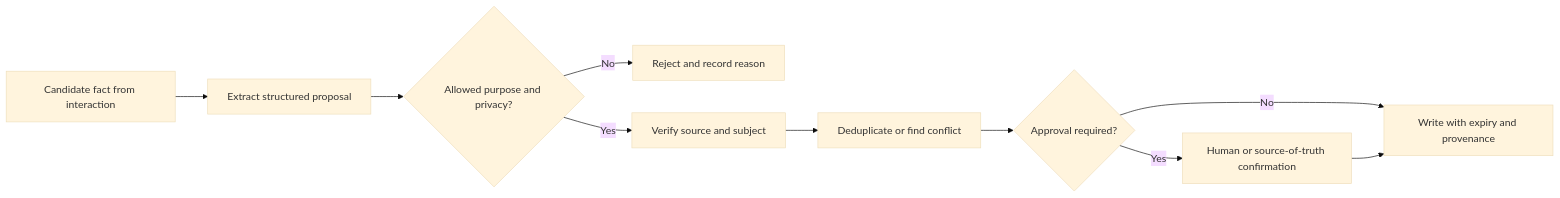
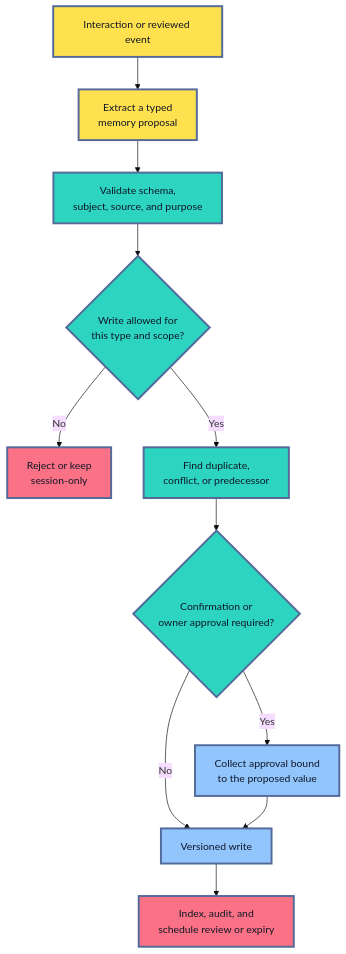
One commit to senlinyy/dev-roadmaps changed the fifth of 14 diagrams in roadmaps/mlops/modules/llmops/context-engineering/03-memory-and-state.md. Above: the diagram before and after it, drawn with Mermaid (base theme). The commit also changed other lines of this file and 198 other files, not shown here.

````diff
--- a/roadmaps/mlops/modules/llmops/context-engineering/03-memory-and-state.md
+++ b/roadmaps/mlops/modules/llmops/context-engineering/03-memory-and-state.md
@@ -188,12 +348,22 @@
 ```mermaid
-flowchart LR
-    C["Candidate fact from interaction"] --> E["Extract structured proposal"]
-    E --> P{"Allowed purpose and privacy?"}
-    P -->|No| R["Reject and record reason"]
-    P -->|Yes| V["Verify source and subject"]
-    V --> D["Deduplicate or find conflict"]
-    D --> A{"Approval required?"}
-    A -->|Yes| H["Human or source-of-truth confirmation"]
-    A -->|No| W["Write with expiry and provenance"]
-    H --> W
+flowchart TD
+    A["Interaction or reviewed event"] --> B["Extract a typed<br/>memory proposal"]
+    B --> C["Validate schema,<br/>subject, source, and purpose"]
+    C --> D{"Write allowed for<br/>this type and scope?"}
+    D -->|"No"| E["Reject or keep<br/>session-only"]
+    D -->|"Yes"| F["Find duplicate,<br/>conflict, or predecessor"]
+    F --> G{"Confirmation or<br/>owner approval required?"}
+    G -->|"Yes"| H["Collect approval bound<br/>to the proposed value"]
+    G -->|"No"| I["Versioned write"]
+    H --> I
+    I --> J["Index, audit, and<br/>schedule review or expiry"]
+
+    classDef candidate fill:#FFE04F,stroke:#536A9A,stroke-width:3px,color:#111827
+    classDef policy fill:#2DD4BF,stroke:#536A9A,stroke-width:3px,color:#0F172A
+    classDef decision fill:#93C5FD,stroke:#536A9A,stroke-width:3px,color:#0F172A
+    classDef outcome fill:#FB7185,stroke:#536A9A,stroke-width:3px,color:#111827
+    class A,B candidate
+    class C,D,F,G policy
+    class H,I decision
+    class E,J outcome
 ```
````
